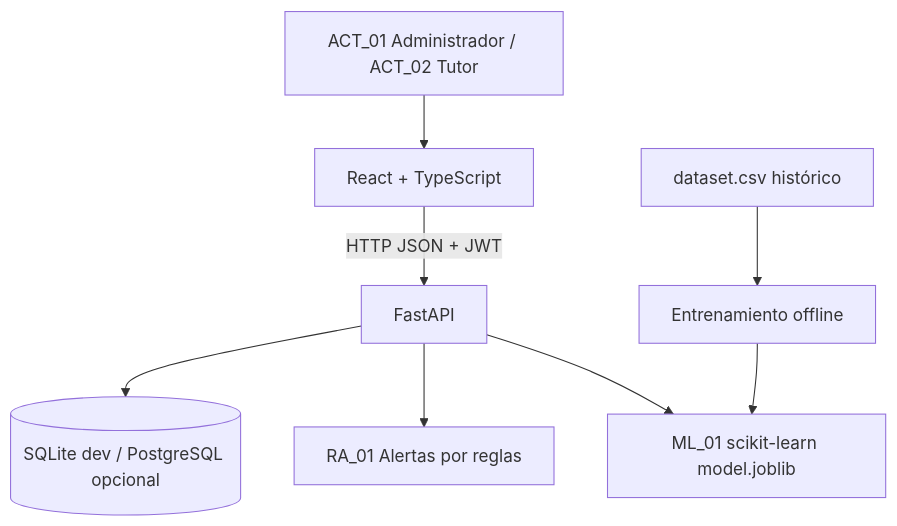
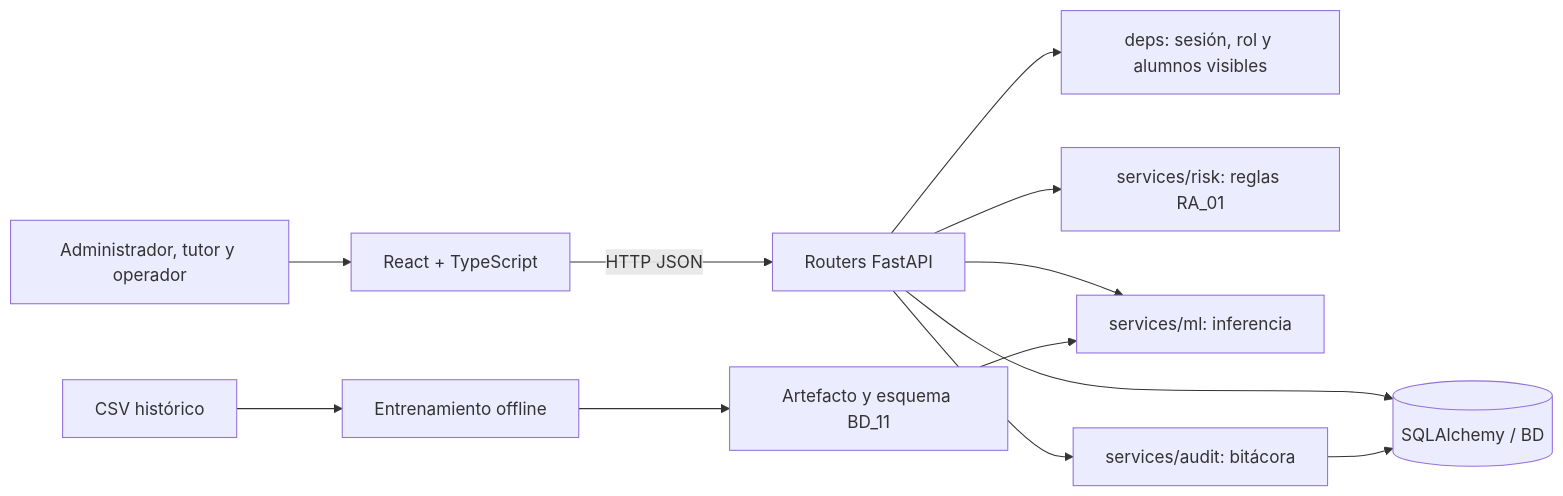
Before and after one commit to Nnncyyy/Prediccion-de-Desercion-Escolar: the diagram in docs/arquitectura.md, drawn with Mermaid. The commit also changed other lines of this file and 68 other files, not shown here.

````diff
--- a/docs/arquitectura.md
+++ b/docs/arquitectura.md
@@ -3,10 +5,14 @@
 ```mermaid
-flowchart TD
-    U[ACT_01 Administrador / ACT_02 Tutor] --> FE[React + TypeScript]
-    FE -->|HTTP JSON + JWT| API[FastAPI]
-    API --> BD[(SQLite dev / PostgreSQL opcional)]
-    API --> RA[RA_01 Alertas por reglas]
-    API --> ML[ML_01 scikit-learn model.joblib]
-    CSV[dataset.csv histórico] --> TRAIN[Entrenamiento offline]
-    TRAIN --> ML
+flowchart LR
+    A[Administrador, tutor y operador] --> FE[React + TypeScript]
+    FE -->|HTTP JSON| R[Routers FastAPI]
+    R --> D[deps: sesión, rol y alumnos visibles]
+    R --> RA[services/risk: reglas RA_01]
+    R --> ML[services/ml: inferencia]
+    R --> AUD[services/audit: bitácora]
+    R --> DB[(SQLAlchemy / BD)]
+    AUD --> DB
+    CSV[CSV histórico] --> T[Entrenamiento offline]
+    T --> M[Artefacto y esquema BD_11]
+    M --> ML
 ```
````
